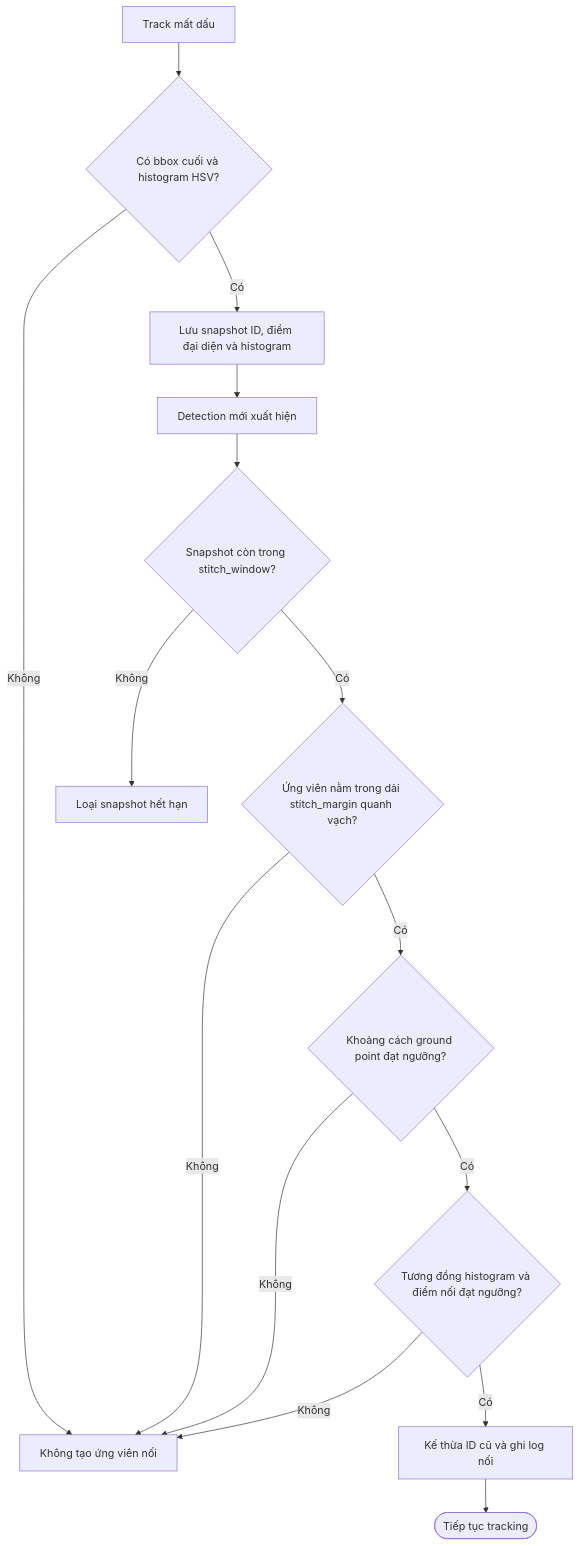
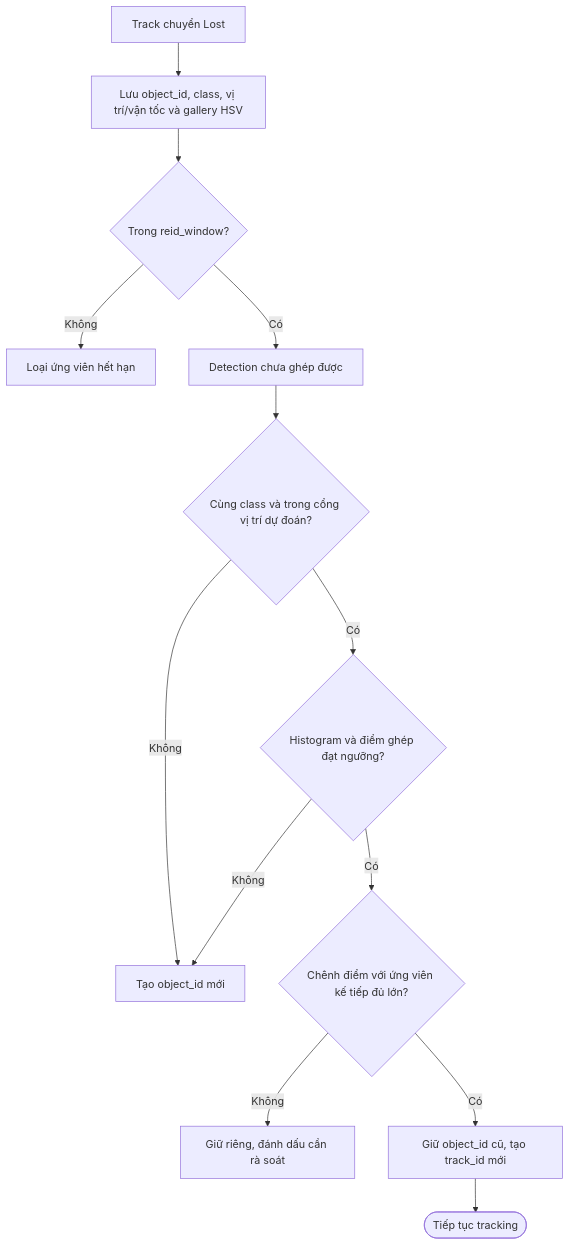
Before and after one commit to NVAnh050904/BCDATNN: diagram 12 of 15 in BAO_CAO_DO_AN_TOT_NGHIEP_MUC_LUC_0911.md, drawn with Mermaid. The commit also changed other lines of this file and 10 other files, not shown here.

````diff
--- a/BAO_CAO_DO_AN_TOT_NGHIEP_MUC_LUC_0911.md
+++ b/BAO_CAO_DO_AN_TOT_NGHIEP_MUC_LUC_0911.md
@@ -751,17 +765,15 @@
 ```mermaid
 flowchart TD
-    L[Track mất dấu] --> S{Có bbox cuối và histogram HSV?}
-    S -- Không --> N[Không tạo ứng viên nối]
-    S -- Có --> B[Lưu snapshot ID, điểm đại diện và histogram]
-    B --> D[Detection mới xuất hiện]
-    D --> W{Snapshot còn trong stitch_window?}
-    W -- Không --> F[Loại snapshot hết hạn]
-    W -- Có --> M{Ứng viên nằm trong dải stitch_margin quanh vạch?}
-    M -- Không --> N
-    M -- Có --> C{Khoảng cách ground point đạt ngưỡng?}
-    C -- Không --> N
-    C -- Có --> H{Tương đồng histogram và điểm nối đạt ngưỡng?}
+    L[Track chuyển Lost] --> A[Lưu object_id, class, vị trí/vận tốc và gallery HSV]
+    A --> W{Trong reid_window?}
+    W -- Không --> X[Loại ứng viên hết hạn]
+    W -- Có --> D[Detection chưa ghép được]
+    D --> C{Cùng class và trong cổng vị trí dự đoán?}
+    C -- Không --> N[Tạo object_id mới]
+    C -- Có --> H{Histogram và điểm ghép đạt ngưỡng?}
     H -- Không --> N
-    H -- Có --> R[Kế thừa ID cũ và ghi log nối]
+    H -- Có --> M{Chênh điểm với ứng viên kế tiếp đủ lớn?}
+    M -- Không --> U[Giữ riêng, đánh dấu cần rà soát]
+    M -- Có --> R[Giữ object_id cũ, tạo track_id mới]
     R --> E([Tiếp tục tracking])
 ```
````
